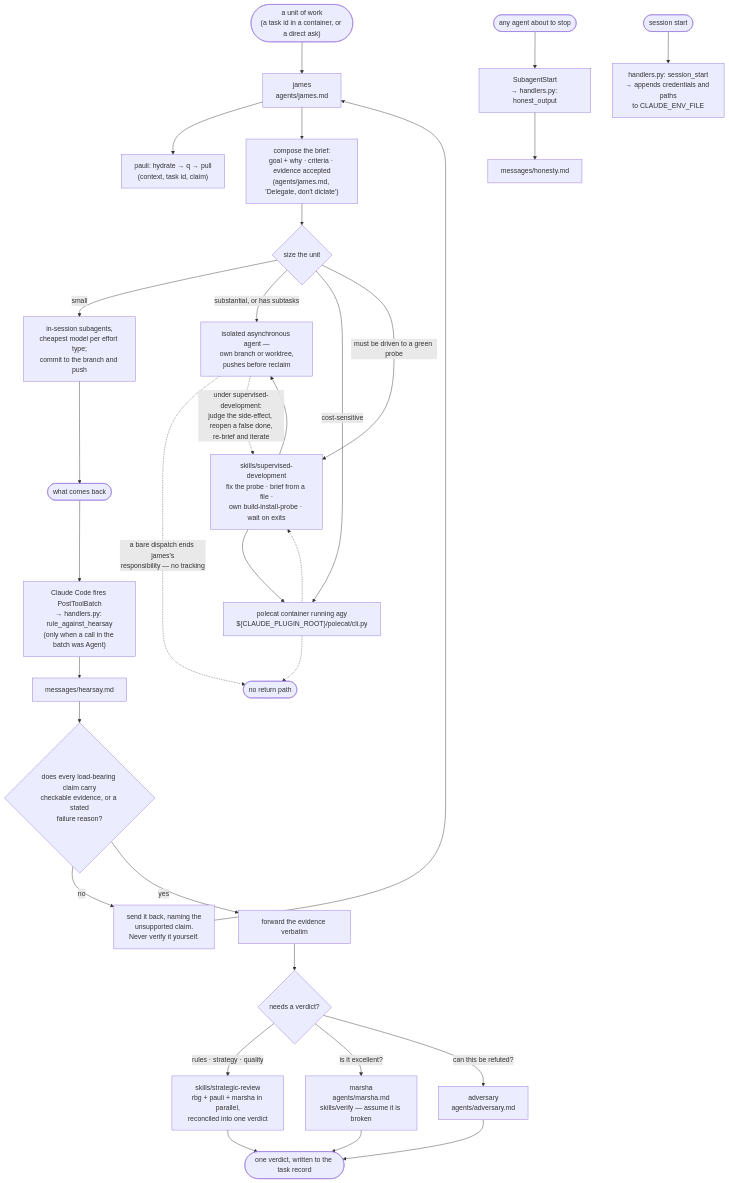
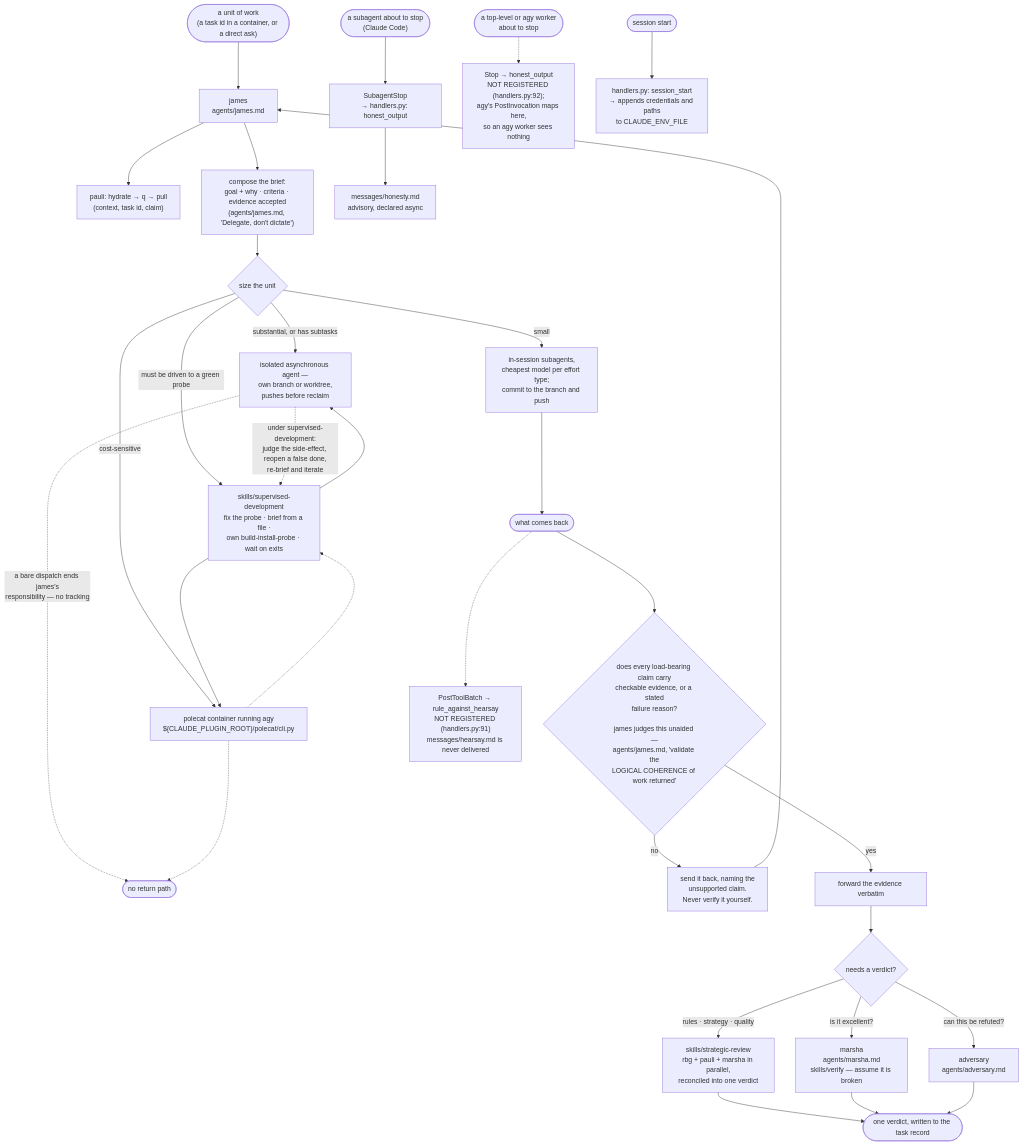
The diagram in plugins/orchestrate/README.md (nicsuzor/academicOps), drawn with Mermaid before and after one commit. The commit also changed other lines of this file and 1 other file, not shown here.

First line of the commit message:
orchestrate: say what the hooks actually do, and stop assuming a worker was told

````diff
--- a/plugins/orchestrate/README.md
+++ b/plugins/orchestrate/README.md
@@ -12,41 +12,41 @@
 ```mermaid
 flowchart TD
     IN(["a unit of work<br/>(a task id in a container, or a direct ask)"]) --> J["james<br/>agents/james.md"]
     J --> HY["pauli: hydrate → q → pull<br/>(context, task id, claim)"]
     J --> B["compose the brief:<br/>goal + why · criteria · evidence accepted<br/>(agents/james.md, 'Delegate, don't dictate')"]
     B --> S{"size the unit"}
 
     S -->|small| SUB["in-session subagents,<br/>cheapest model per effort type;<br/>commit to the branch and push"]
     S -->|"substantial, or has subtasks"| ASY["isolated asynchronous agent —<br/>own branch or worktree,<br/>pushes before reclaim"]
     S -->|cost-sensitive| POL["polecat container running agy<br/>${CLAUDE_PLUGIN_ROOT}/polecat/cli.py"]
 
     S -->|"must be driven to a green probe"| SUP["skills/supervised-development<br/>fix the probe · brief from a file ·<br/>own build-install-probe · wait on exits"]
     SUP --> ASY
     SUP --> POL
 
     ASY -.->|"a bare dispatch ends james's<br/>responsibility — no tracking"| X([no return path])
     POL -.-> X
     ASY -.->|"under supervised-development:<br/>judge the side-effect, reopen a false done,<br/>re-brief and iterate"| SUP
     POL -.-> SUP
 
     SUB --> RET(["what comes back"])
-    RET --> H1["Claude Code fires PostToolBatch<br/>→ handlers.py: rule_against_hearsay<br/>(only when a call in the batch was Agent)"]
-    H1 --> MSG1["messages/hearsay.md"]
-    MSG1 --> D{"does every load-bearing claim carry<br/>checkable evidence, or a stated<br/>failure reason?"}
+    RET --> D{"does every load-bearing claim carry<br/>checkable evidence, or a stated<br/>failure reason?<br/><br/>james judges this unaided —<br/>agents/james.md, 'validate the<br/>LOGICAL COHERENCE of work returned'"}
+    RET -.-> H1["PostToolBatch → rule_against_hearsay<br/>NOT REGISTERED (handlers.py:91)<br/>messages/hearsay.md is never delivered"]
     D -->|no| BACK["send it back, naming the<br/>unsupported claim.<br/>Never verify it yourself."]
     D -->|yes| FWD["forward the evidence verbatim"]
     BACK --> J
 
     FWD --> REV{"needs a verdict?"}
     REV -->|"rules · strategy · quality"| SR["skills/strategic-review<br/>rbg + pauli + marsha in parallel,<br/>reconciled into one verdict"]
     REV -->|"is it excellent?"| MAR["marsha<br/>agents/marsha.md<br/>skills/verify — assume it is broken"]
     REV -->|"can this be refuted?"| ADV["adversary<br/>agents/adversary.md"]
     SR --> OUT(["one verdict, written to the task record"])
     MAR --> OUT
     ADV --> OUT
 
-    ANY(["any agent about to stop"]) --> H2["SubagentStart<br/>→ handlers.py: honest_output"]
-    H2 --> MSG2["messages/honesty.md"]
+    ANY(["a subagent about to stop<br/>(Claude Code)"]) --> H2["SubagentStop<br/>→ handlers.py: honest_output"]
+    H2 --> MSG2["messages/honesty.md<br/>advisory, declared async"]
+    ANY2(["a top-level or agy worker<br/>about to stop"]) -.-> H2X["Stop → honest_output<br/>NOT REGISTERED (handlers.py:92);<br/>agy's PostInvocation maps here,<br/>so an agy worker sees nothing"]
 
     SS(["session start"]) --> H3["handlers.py: session_start<br/>→ appends credentials and paths<br/>to CLAUDE_ENV_FILE"]
 ```
````
